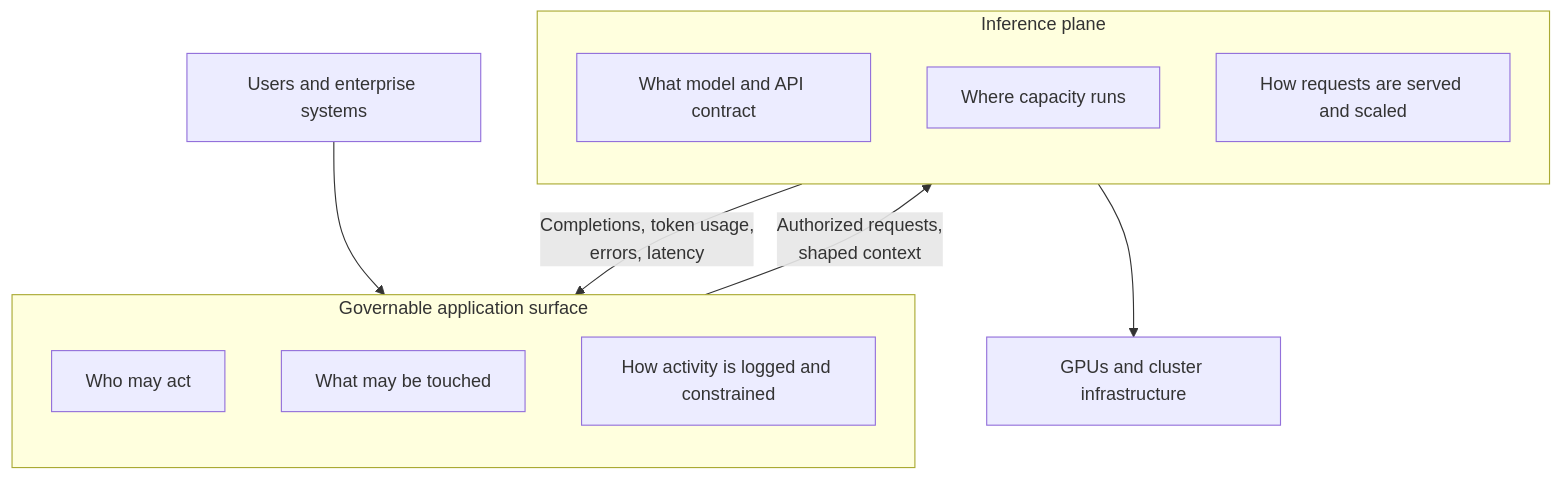
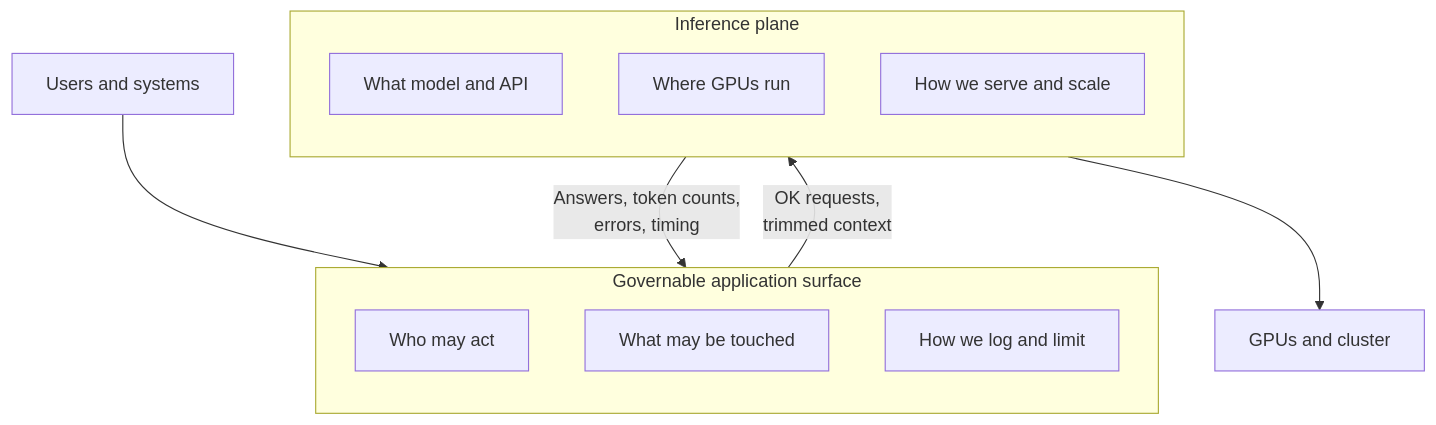
Before and after one commit to NVIDIA/nim-deploy: the first of 6 diagrams in cloud-service-providers/azure/workshops/aks-nemoclaw/README.md, drawn with Mermaid. The commit also changed other lines of this file, not shown here.

````diff
--- a/cloud-service-providers/azure/workshops/aks-nemoclaw/README.md
+++ b/cloud-service-providers/azure/workshops/aks-nemoclaw/README.md
@@ -37,19 +40,19 @@
 ```mermaid
 flowchart TB
   subgraph GAS["Governable application surface"]
     direction TB
     WHO["Who may act"]
     SCOPE["What may be touched"]
-    PROC["How activity is logged and constrained"]
+    PROC["How we log and limit"]
   end
   subgraph IP["Inference plane"]
     direction TB
-    MODEL["What model and API contract"]
-    PLACE["Where capacity runs"]
-    SERVE["How requests are served and scaled"]
+    MODEL["What model and API"]
+    PLACE["Where GPUs run"]
+    SERVE["How we serve and scale"]
   end
-  U[Users and enterprise systems] --> GAS
-  GAS -->|"Authorized requests,<br/>shaped context"| IP
-  IP -->|"Completions, token usage,<br/>errors, latency"| GAS
-  IP --> HW[GPUs and cluster infrastructure]
+  U[Users and systems] --> GAS
+  GAS -->|"OK requests,<br/>trimmed context"| IP
+  IP -->|"Answers, token counts,<br/>errors, timing"| GAS
+  IP --> HW[GPUs and cluster]
 ```
````
